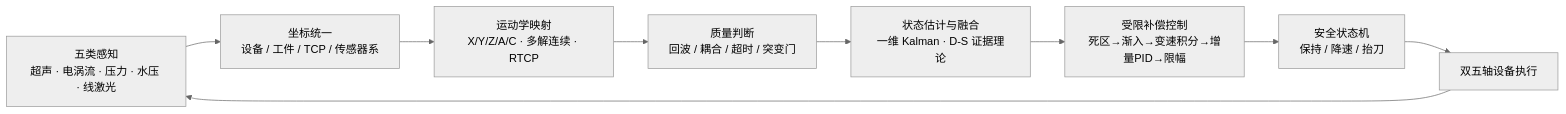
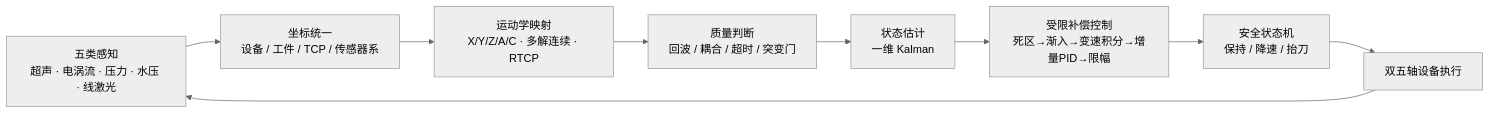
The diagram in content/projects/top.md (l2ktech/wzy-portfolio), drawn with Mermaid (neutral theme) before and after one commit. The commit also changed other lines of this file, not shown here.

````diff
--- a/content/projects/top.md
+++ b/content/projects/top.md
@@ -23,11 +23,11 @@
 ```mermaid
 flowchart LR
     A["五类感知<br/>超声 · 电涡流 · 压力 · 水压 · 线激光"] --> B["坐标统一<br/>设备 / 工件 / TCP / 传感器系"]
     B --> C["运动学映射<br/>X/Y/Z/A/C · 多解连续 · RTCP"]
     C --> D["质量判断<br/>回波 / 耦合 / 超时 / 突变门"]
-    D --> E["状态估计与融合<br/>一维 Kalman · D-S 证据理论"]
+    D --> E["状态估计<br/>一维 Kalman"]
     E --> F["受限补偿控制<br/>死区→渐入→变速积分→增量PID→限幅"]
     F --> G["安全状态机<br/>保持 / 降速 / 抬刀"]
     G --> H["双五轴设备执行"]
     H --> A
 ```
````
